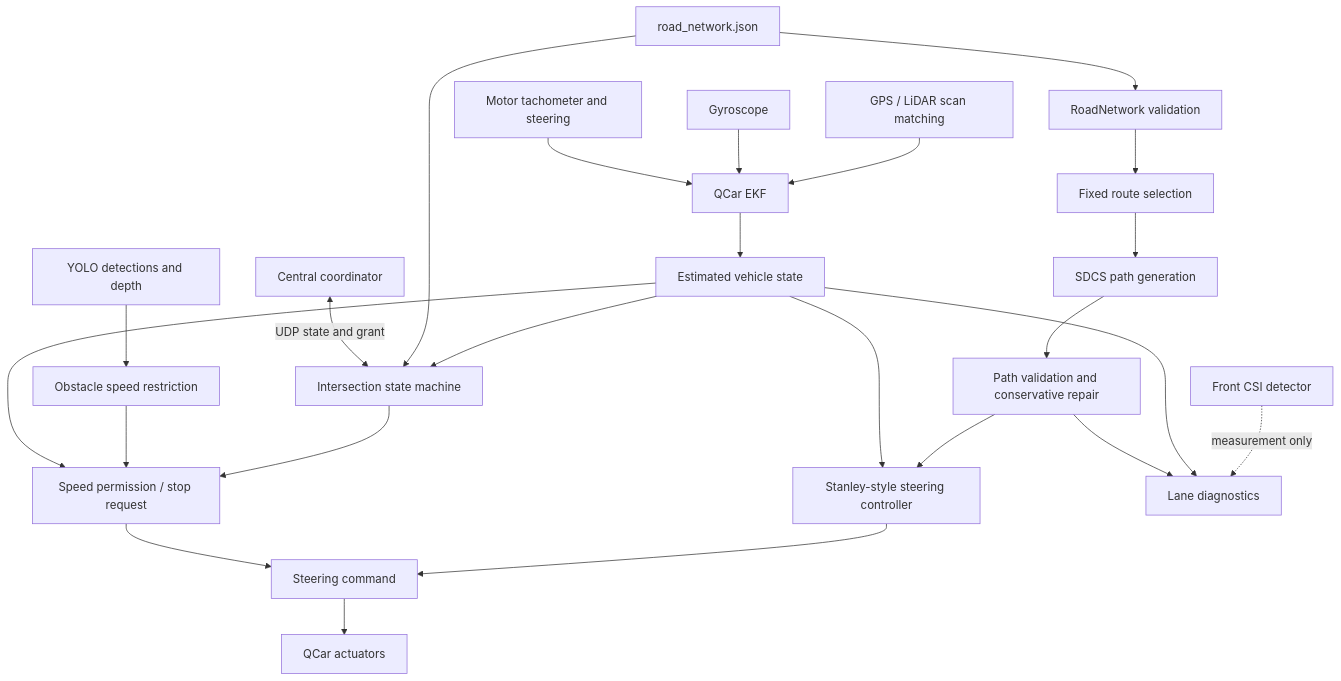
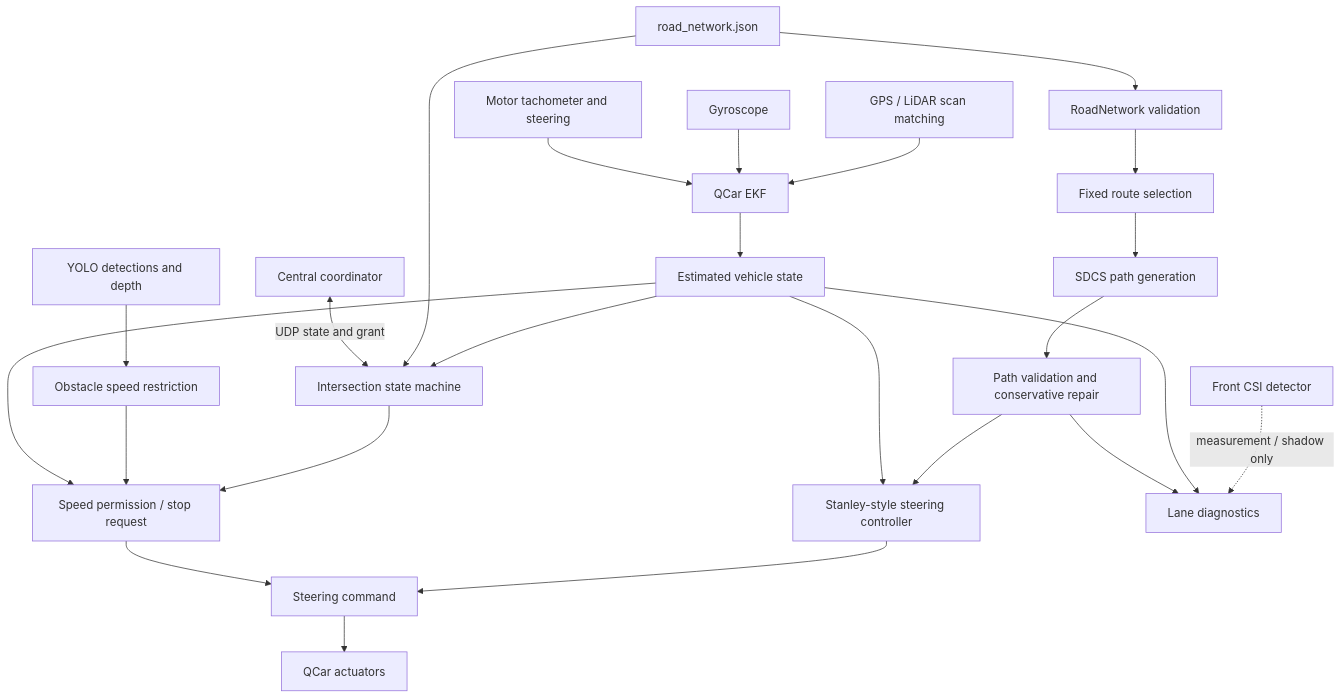
One commit to Fis-ayo/QCar changed the second of 4 diagrams in docs/SYSTEM_ARCHITECTURE.md. Above: the diagram before and after it, drawn with Mermaid. The commit also changed other lines of this file and 34 other files, not shown here.

````diff
--- a/docs/SYSTEM_ARCHITECTURE.md
+++ b/docs/SYSTEM_ARCHITECTURE.md
@@ -54,31 +54,31 @@
 ```mermaid
 flowchart TD
     RN[road_network.json] --> RR[RoadNetwork validation]
     RR --> RP[Fixed route selection]
     RP --> GEN[SDCS path generation]
     GEN --> PM[Path validation and conservative repair]
 
     GPS[GPS / LiDAR scan matching] --> EKF[QCar EKF]
     IMU[Gyroscope] --> EKF
     ODO[Motor tachometer and steering] --> EKF
     EKF --> ST[Estimated vehicle state]
 
     PM --> SC[Stanley-style steering controller]
     ST --> SC
     ST --> IC[Intersection state machine]
     RN --> IC
     COORD[Central coordinator] <-->|UDP state and grant| IC
 
     YOLO[YOLO detections and depth] --> SAFE[Obstacle speed restriction]
     IC --> SPEED[Speed permission / stop request]
     SAFE --> SPEED
     ST --> SPEED
 
     SC --> CMD[Steering command]
     SPEED --> CMD
     CMD --> HW[QCar actuators]
 
-    CSI[Front CSI detector] -. measurement only .-> DIAG[Lane diagnostics]
+    CSI[Front CSI detector] -. measurement / shadow only .-> DIAG[Lane diagnostics]
     ST --> DIAG
     PM --> DIAG
 ```
````
